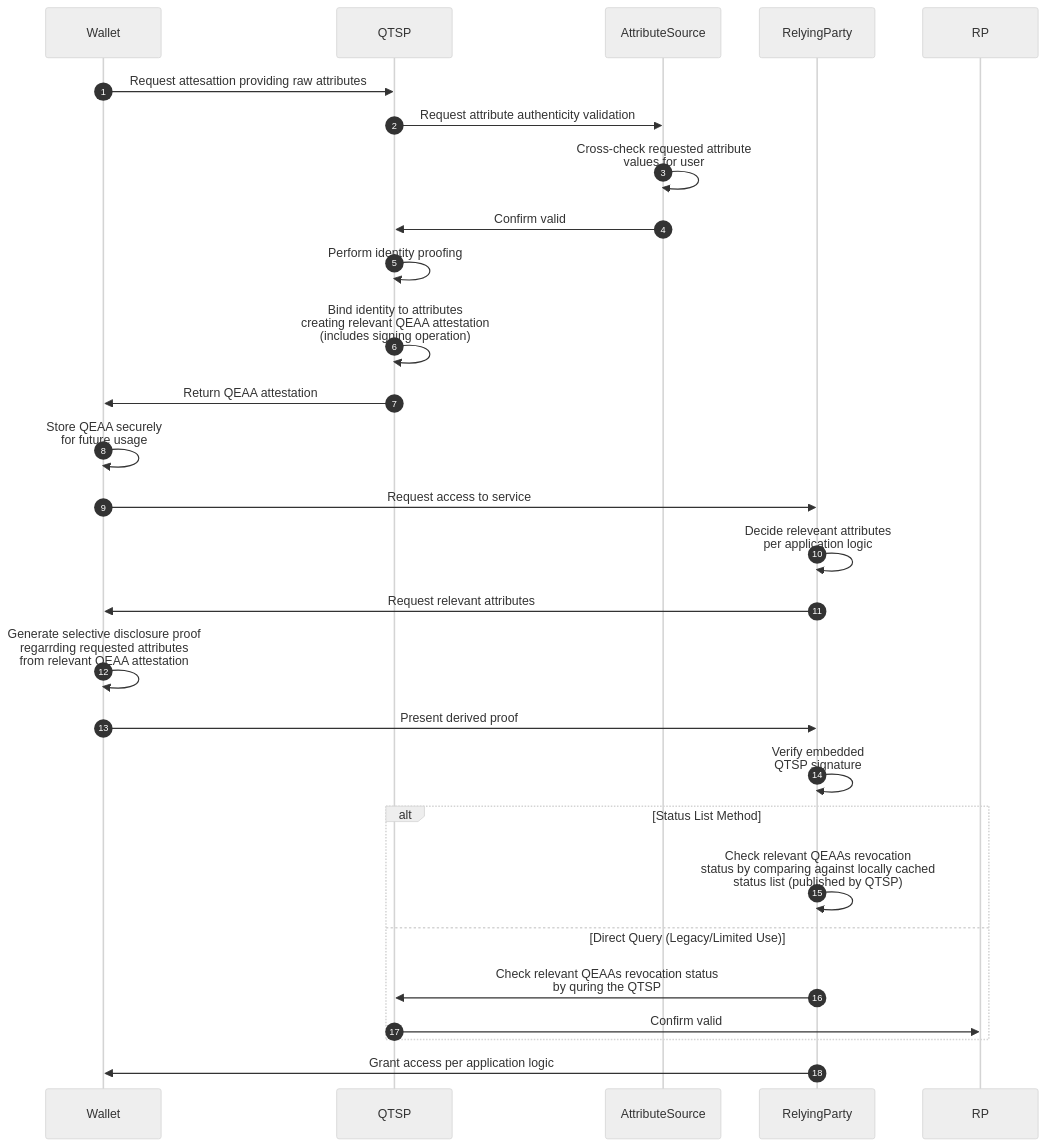
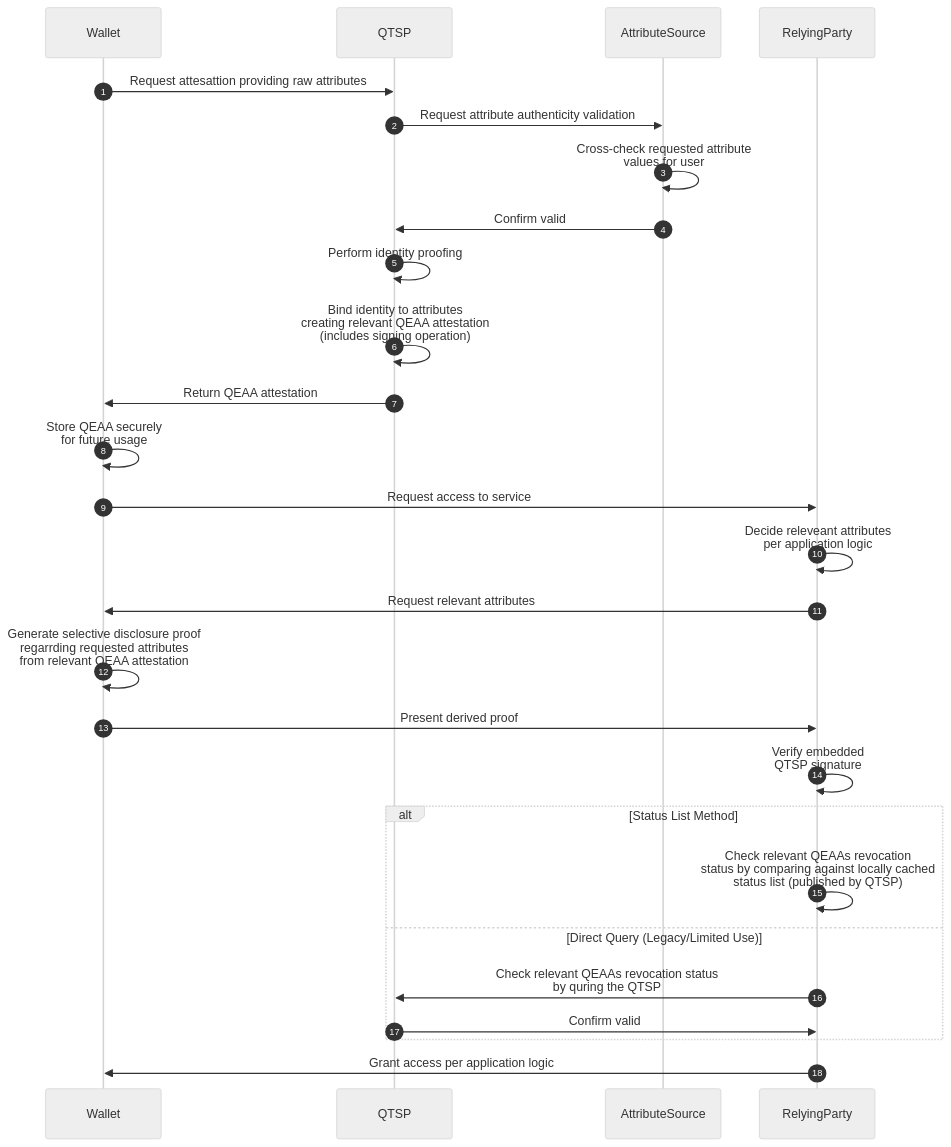
One commit to fmerg/qtsp-docs changed the diagram in flow.qeaa.md. Above: the diagram before and after it, drawn with Mermaid (neutral theme).

Commit message:
Fix typo in flow.qeaa.md for RelyingParty reference

````diff
--- a/flow.qeaa.md
+++ b/flow.qeaa.md
@@ -91,30 +91,30 @@
 ```mermaid
 sequenceDiagram
     autonumber
     participant Wallet
     participant QTSP
     participant AttributeSource
     participant RelyingParty
 
     Wallet ->> QTSP: Request attesattion providing raw attributes
     QTSP ->> AttributeSource: Request attribute authenticity validation
     AttributeSource ->> AttributeSource: Cross-check requested attribute<br> values for user
     AttributeSource ->> QTSP: Confirm valid
     QTSP ->> QTSP: Perform identity proofing
     QTSP ->> QTSP: Bind identity to attributes<br> creating relevant QEAA attestation<br> (includes signing operation)
     QTSP ->> Wallet: Return QEAA attestation
     Wallet ->> Wallet: Store QEAA securely<br> for future usage
     Wallet ->> RelyingParty: Request access to service
     RelyingParty ->> RelyingParty: Decide releveant attributes<br> per application logic
     RelyingParty ->> Wallet: Request relevant attributes
     Wallet ->> Wallet: Generate selective disclosure proof<br> regarrding requested attributes<br> from relevant QEAA attestation
     Wallet ->> RelyingParty: Present derived proof
     RelyingParty ->> RelyingParty: Verify embedded<br> QTSP signature
     alt Status List Method
         RelyingParty ->> RelyingParty: Check relevant QEAAs revocation<br> status by comparing against locally cached<br> status list (published by QTSP)
     else Direct Query (Legacy/Limited Use)
         RelyingParty ->> QTSP: Check relevant QEAAs revocation status<br> by quring the QTSP
-        QTSP ->> RP: Confirm valid
+        QTSP ->> RelyingParty: Confirm valid
     end
     RelyingParty ->> Wallet: Grant access per application logic
 ```
````
